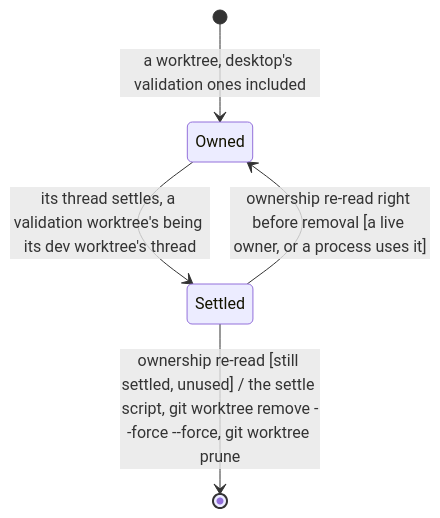
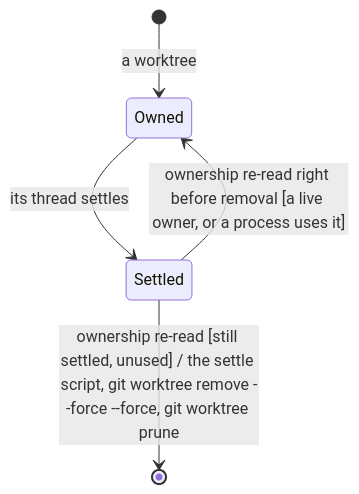
Before and after one commit to MP281X/deslop: the third of 5 diagrams in .claude/skills/environment/references/maintenance.md, drawn with Mermaid. The commit also changed 7 other files, not shown here.

````diff
--- a/.claude/skills/environment/references/maintenance.md
+++ b/.claude/skills/environment/references/maintenance.md
@@ -49,7 +49,7 @@
    ```mermaid
    stateDiagram-v2
-       [*] --> Owned : a worktree, desktop's validation ones included
-       Owned --> Settled : its thread settles, a validation worktree's being its dev worktree's thread
+       [*] --> Owned : a worktree
+       Owned --> Settled : its thread settles
        Settled --> Owned : ownership re-read right before removal [a live owner, or a process uses it]
        Settled --> [*] : ownership re-read [still settled, unused] / the settle script, git worktree remove --force --force, git worktree prune
    ```
````
